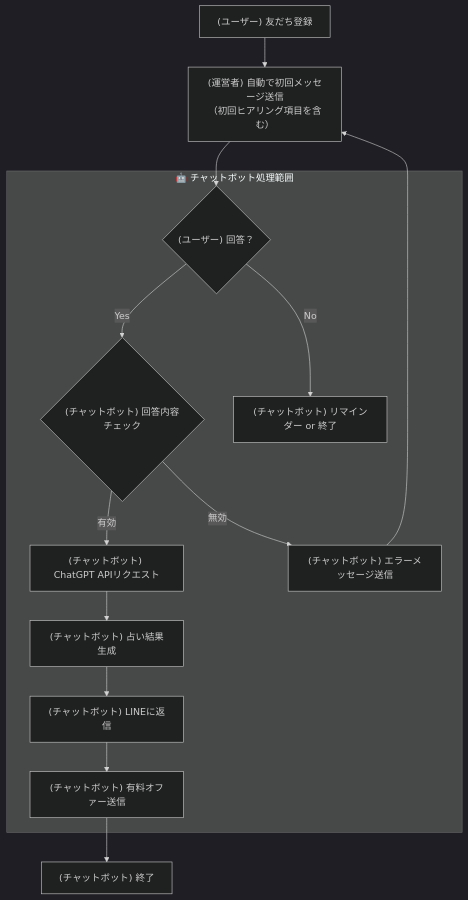
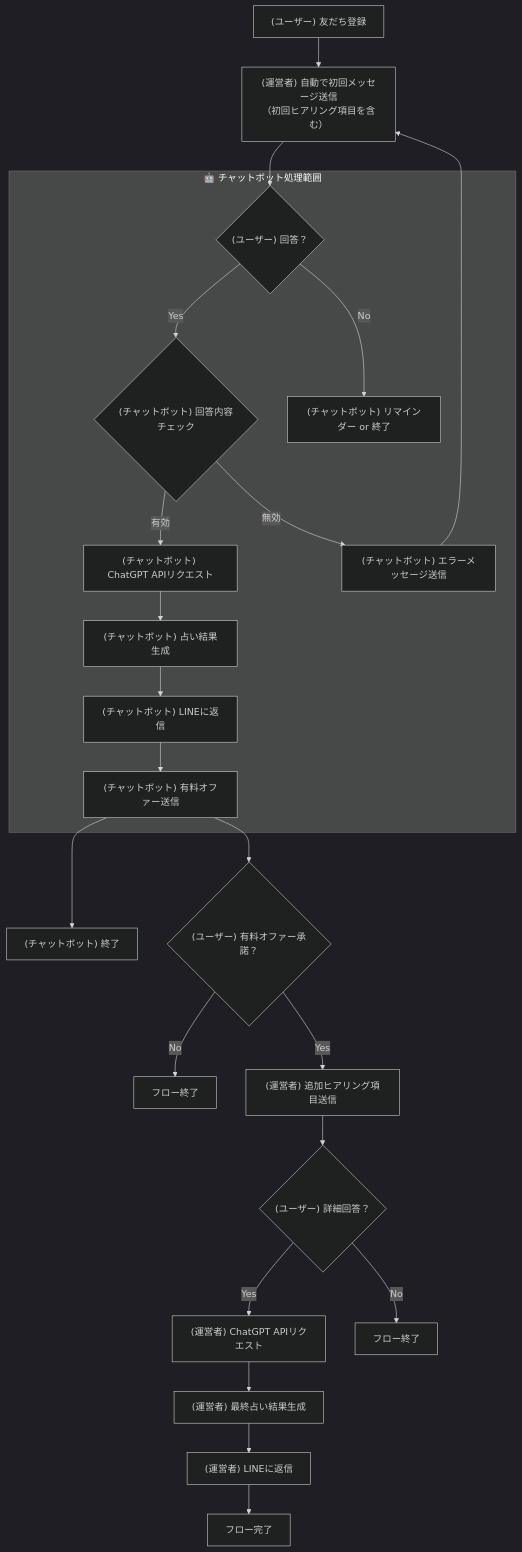
The diagram in README.md (tanaka-takuto/tsukasa), drawn with Mermaid (dark theme) before and after one commit. The commit also changed other lines of this file, not shown here.

Commit message:
docs: 有料オファー承諾後の追加フローを追加
- 基本フローに追加ヒアリングと最終占い結果生成を追加
- フローチャートに有料オファー承諾後のプロセスを反映
- チャットボット範囲外として運営者担当部分を明確化

````diff
--- a/README.md
+++ b/README.md
@@ -47,16 +56,25 @@
 ```mermaid
 graph TD
    A["(ユーザー) 友だち登録"] --> B["(運営者) 自動で初回メッセージ送信<br/>（初回ヒアリング項目を含む）"]
    B --> C{"(ユーザー) 回答？"}
    G --> B      
    subgraph チャットボット["🤖 チャットボット処理範囲"]
       C -->|Yes| D{"(チャットボット) 回答内容チェック"}
       C -->|No| E["(チャットボット) リマインダー or 終了"]
       D -->|有効| F["(チャットボット) ChatGPT APIリクエスト"]
       D -->|無効| G["(チャットボット) エラーメッセージ送信"]
       F --> H["(チャットボット) 占い結果生成"]
       H --> I["(チャットボット) LINEに返信"]
       I --> J["(チャットボット) 有料オファー送信"]
    end       
    J --> K["(チャットボット) 終了"]
+   J --> L{"(ユーザー) 有料オファー承諾？"}
+   L -->|No| M["フロー終了"]
+   L -->|Yes| N["(運営者) 追加ヒアリング項目送信"]
+   N --> O{"(ユーザー) 詳細回答？"}
+   O -->|Yes| P["(運営者) ChatGPT APIリクエスト"]
+   O -->|No| Q["フロー終了"]
+   P --> R["(運営者) 最終占い結果生成"]
+   R --> S["(運営者) LINEに返信"]
+   S --> T["フロー完了"]
 ```
````
